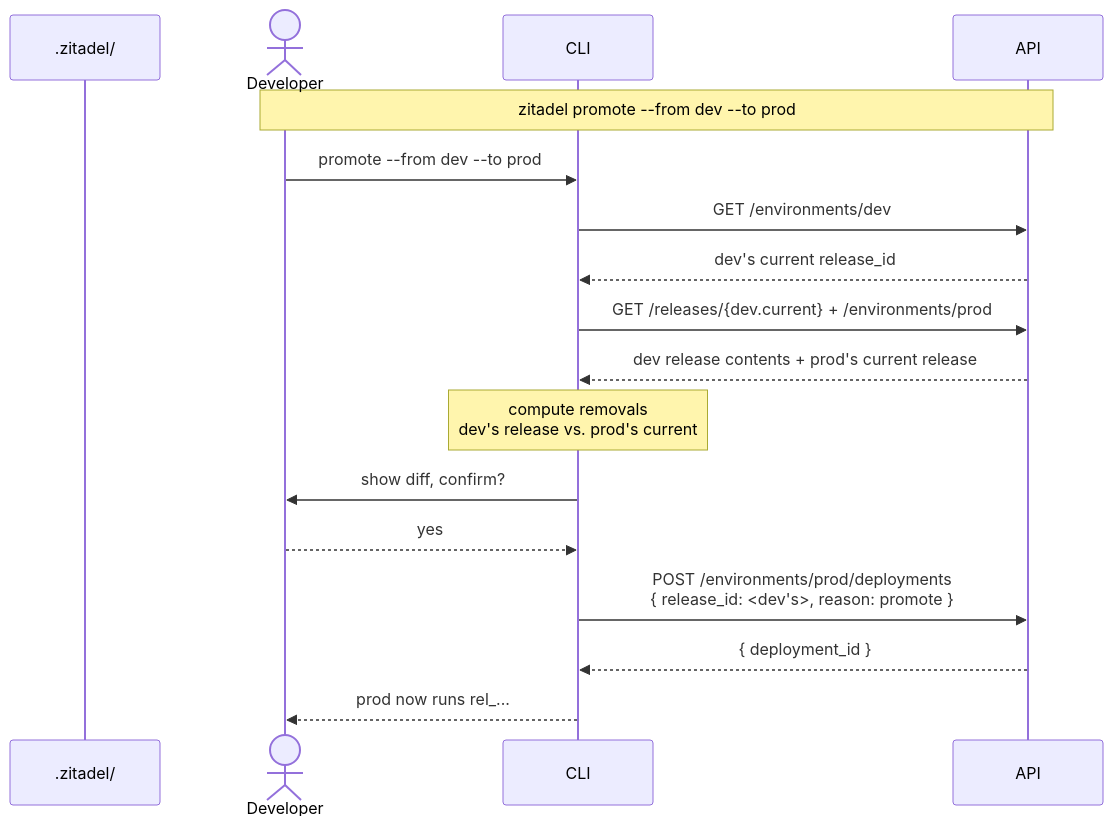
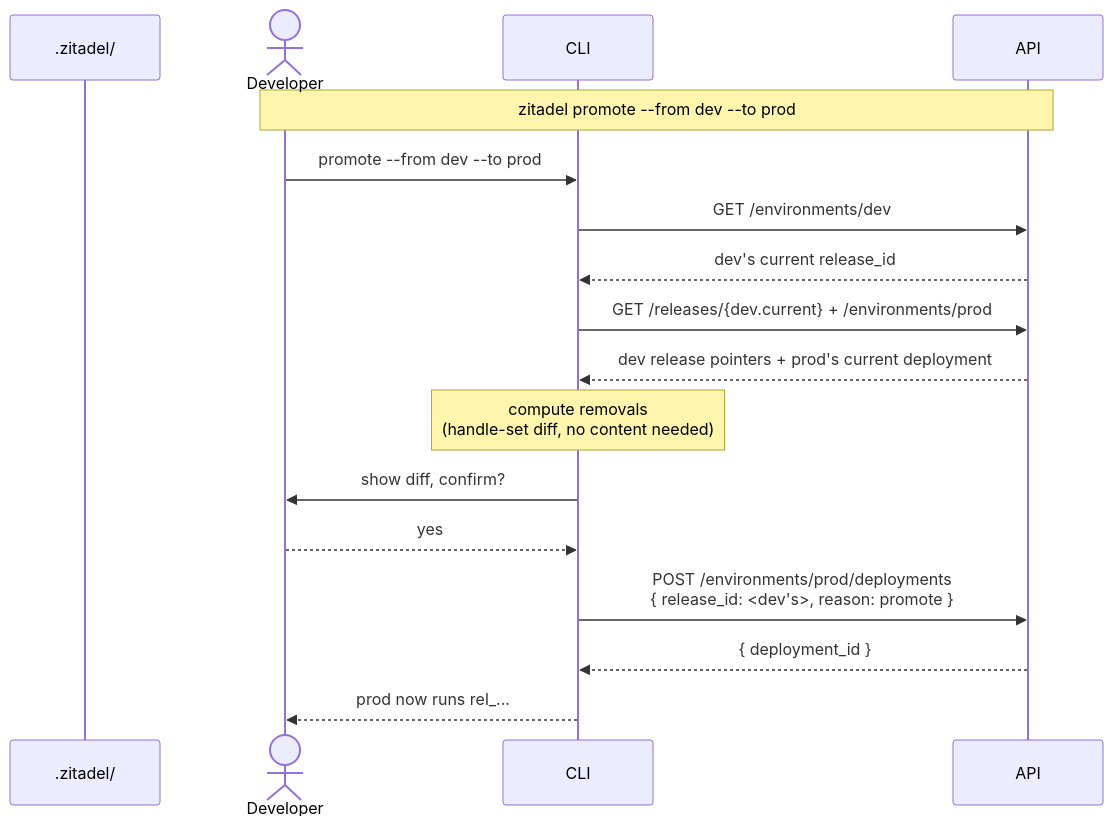
Before and after one commit to zitadel/nextgen: the third of 6 diagrams in docs/adrs/035-configuration-environments.md, drawn with Mermaid. The commit also changed other lines of this file, not shown here.

First line of the commit message:
docs(adr-035): specify release read as pointers + audit, not embedded content

````diff
--- a/docs/adrs/035-configuration-environments.md
+++ b/docs/adrs/035-configuration-environments.md
@@ -233,20 +235,20 @@
 ```mermaid
 sequenceDiagram
     participant Local as .zitadel/
     actor Dev as Developer
     participant CLI
     participant API
 
     Note over Dev,API: zitadel promote --from dev --to prod
     Dev->>CLI: promote --from dev --to prod
     CLI->>API: GET /environments/dev
     API-->>CLI: dev's current release_id
     CLI->>API: GET /releases/{dev.current} + /environments/prod
-    API-->>CLI: dev release contents + prod's current release
-    Note over CLI: compute removals<br/>dev's release vs. prod's current
+    API-->>CLI: dev release pointers + prod's current deployment
+    Note over CLI: compute removals<br/>(handle-set diff, no content needed)
     CLI->>Dev: show diff, confirm?
     Dev-->>CLI: yes
     CLI->>API: POST /environments/prod/deployments<br/>{ release_id: <dev's>, reason: promote }
     API-->>CLI: { deployment_id }
     CLI-->>Dev: prod now runs rel_...
 ```
````
